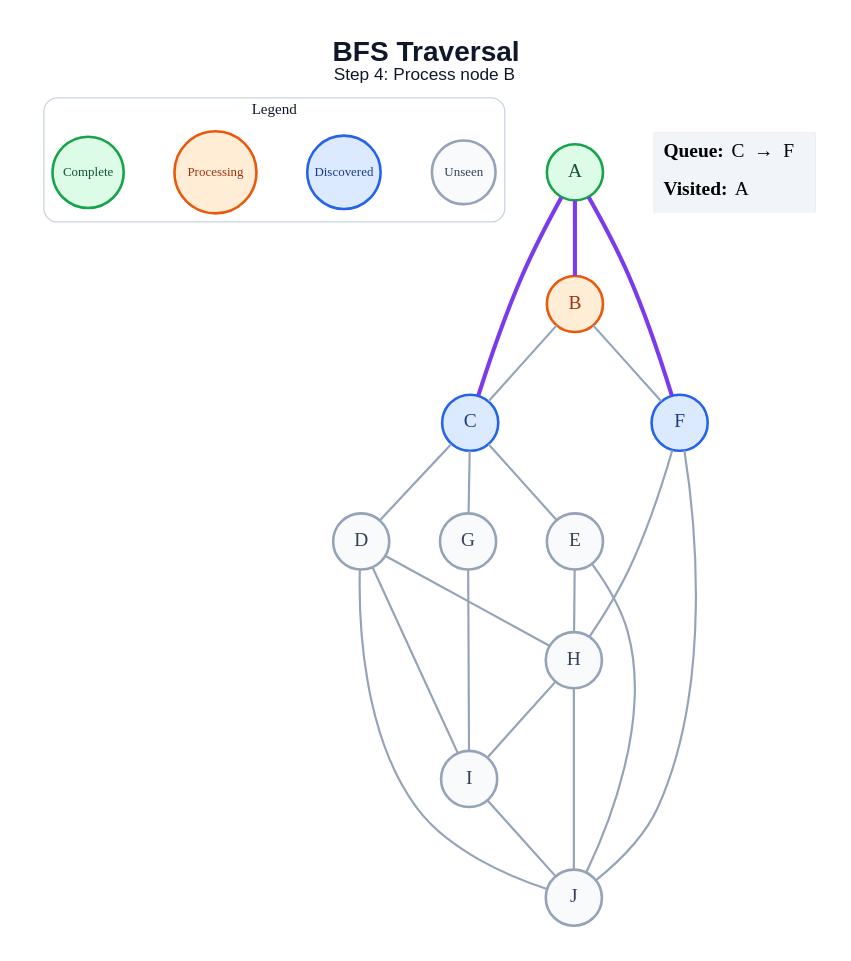
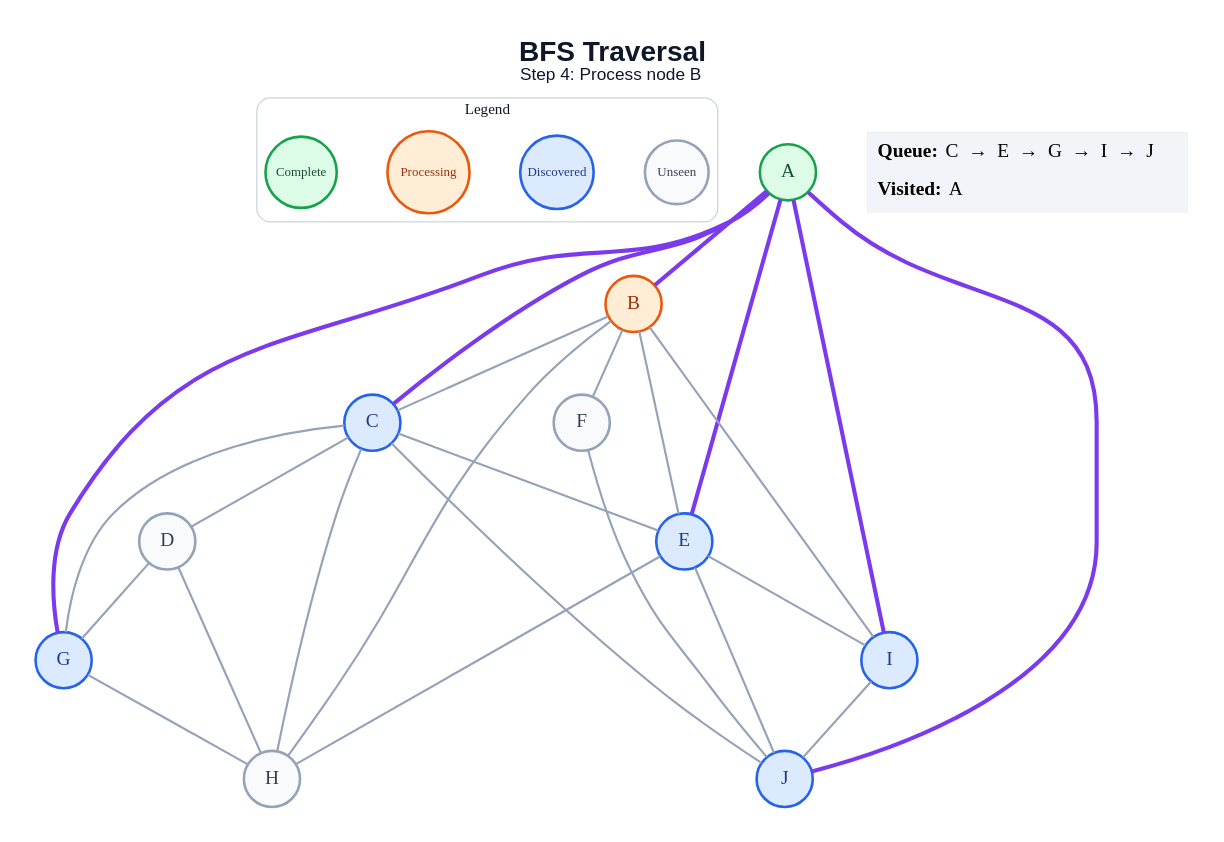
The diagram in generated/bfs/step_04.dot (amanghodawala9/ai-slop), drawn with Graphviz before and after one commit. The commit also changed 178 other files, not shown here.

```diff
--- a/generated/bfs/step_04.dot
+++ b/generated/bfs/step_04.dot
@@ -1,48 +1,53 @@
 graph traversal {
   graph [layout=dot, rankdir=TB, bgcolor="#FFFFFF", pad="0.35", nodesep="0.65", ranksep="0.8", fontname="Arial"];
   node [shape=circle, style="filled", fontname="Arial Bold", fontsize=18, width=0.72, fixedsize=true, penwidth=2.4];
   edge [color="#94A3B8", penwidth=2.0];
   label=<<B>BFS Traversal</B><BR/><FONT POINT-SIZE="16">Step 4: Process node B</FONT>>; labelloc="t"; fontsize=26; fontname="Arial"; fontcolor="#0F172A";
   subgraph cluster_legend { label="Legend"; color="#CBD5E1"; penwidth=1.2; style="rounded"; fontsize=14; fontname="Arial Bold";
     key_unseen [label="Unseen", fillcolor="#F8FAFC", color="#94A3B8", fontcolor="#334155", fontsize=12, width=0.82];
     key_frontier [label="Discovered", fillcolor="#DBEAFE", color="#2563EB", fontcolor="#1E3A8A", fontsize=12, width=0.95];
     key_current [label="Processing", fillcolor="#FFEDD5", color="#EA580C", fontcolor="#9A3412", fontsize=12, width=1.05];
     key_done [label="Complete", fillcolor="#DCFCE7", color="#16A34A", fontcolor="#14532D", fontsize=12, width=0.92];
     { rank=same; key_unseen; key_frontier; key_current; key_done; }
   }
   A [fillcolor="#DCFCE7", color="#16A34A", fontcolor="#14532D"];
   B [fillcolor="#FFEDD5", color="#EA580C", fontcolor="#9A3412"];
   C [fillcolor="#DBEAFE", color="#2563EB", fontcolor="#1E3A8A"];
   D [fillcolor="#F8FAFC", color="#94A3B8", fontcolor="#334155"];
-  E [fillcolor="#F8FAFC", color="#94A3B8", fontcolor="#334155"];
-  F [fillcolor="#DBEAFE", color="#2563EB", fontcolor="#1E3A8A"];
-  G [fillcolor="#F8FAFC", color="#94A3B8", fontcolor="#334155"];
+  E [fillcolor="#DBEAFE", color="#2563EB", fontcolor="#1E3A8A"];
+  F [fillcolor="#F8FAFC", color="#94A3B8", fontcolor="#334155"];
+  G [fillcolor="#DBEAFE", color="#2563EB", fontcolor="#1E3A8A"];
   H [fillcolor="#F8FAFC", color="#94A3B8", fontcolor="#334155"];
-  I [fillcolor="#F8FAFC", color="#94A3B8", fontcolor="#334155"];
-  J [fillcolor="#F8FAFC", color="#94A3B8", fontcolor="#334155"];
+  I [fillcolor="#DBEAFE", color="#2563EB", fontcolor="#1E3A8A"];
+  J [fillcolor="#DBEAFE", color="#2563EB", fontcolor="#1E3A8A"];
   A -- B [color="#7C3AED", penwidth=3.8];
   A -- C [color="#7C3AED", penwidth=3.8];
-  A -- F [color="#7C3AED", penwidth=3.8];
+  A -- E [color="#7C3AED", penwidth=3.8];
+  A -- G [color="#7C3AED", penwidth=3.8];
+  A -- I [color="#7C3AED", penwidth=3.8];
+  A -- J [color="#7C3AED", penwidth=3.8];
   B -- C;
+  B -- E;
   B -- F;
+  B -- H;
+  B -- I;
   C -- D;
   C -- E;
   C -- G;
+  C -- H;
+  C -- J;
+  D -- G;
   D -- H;
-  D -- I;
-  D -- J;
   E -- H;
+  E -- I;
   E -- J;
-  F -- H;
   F -- J;
-  G -- I;
-  H -- I;
-  H -- J;
+  G -- H;
   I -- J;
   status [shape=plain, fixedsize=false, width=0, height=0, margin=0, label=<
     <TABLE BORDER="0" CELLBORDER="0" CELLPADDING="7" BGCOLOR="#F1F5F9">
-      <TR><TD ALIGN="LEFT"><B>Queue:</B> C  →  F</TD></TR>
+      <TR><TD ALIGN="LEFT"><B>Queue:</B> C  →  E  →  G  →  I  →  J</TD></TR>
       <TR><TD ALIGN="LEFT"><B>Visited:</B> A</TD></TR>
     </TABLE>
   >];
 }
```
